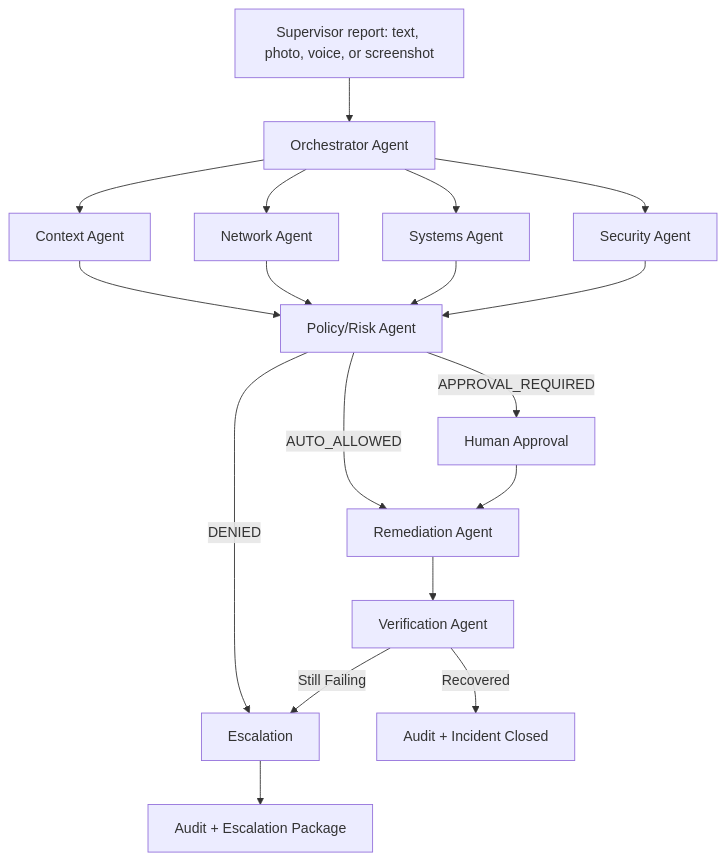
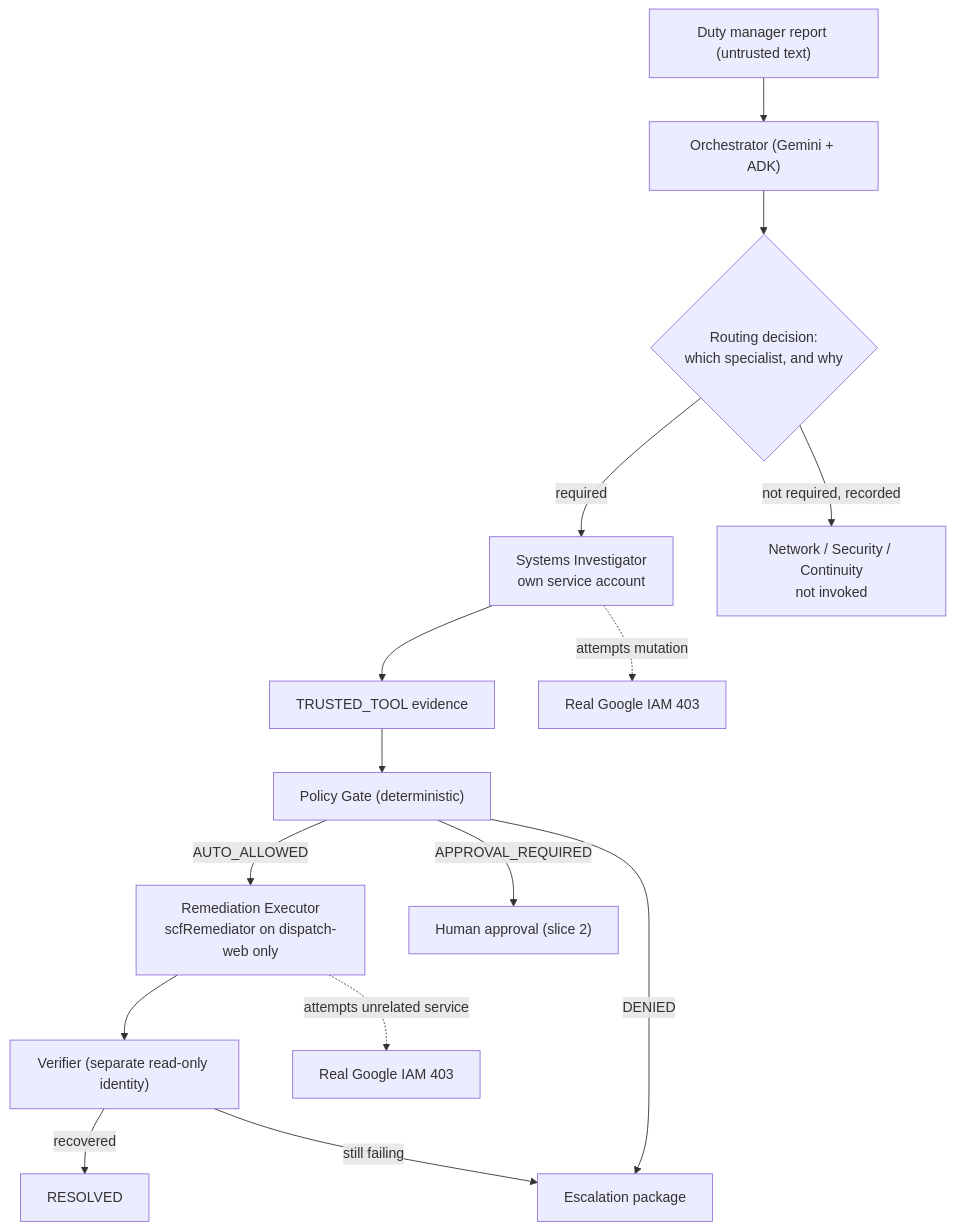
Before and after one commit to aish2897/after-hours-site-continuity-fleet: the diagram in ARCHITECTURE.md, drawn with Mermaid. The commit also changed other lines of this file and 5 other files, not shown here.

First line of the commit message:
Rewrite docs for the frozen slice-1 architecture

````diff
--- a/ARCHITECTURE.md
+++ b/ARCHITECTURE.md
@@ -15,20 +40,17 @@
 ```mermaid
 flowchart TD
-    A["Supervisor report: text, photo, voice, or screenshot"] --> B["Orchestrator Agent"]
-    B --> C["Context Agent"]
-    B --> D["Network Agent"]
-    B --> E["Systems Agent"]
-    B --> F["Security Agent"]
-    C --> G["Policy/Risk Agent"]
-    D --> G
-    E --> G
-    F --> G
-    G -->|AUTO_ALLOWED| H["Remediation Agent"]
-    G -->|APPROVAL_REQUIRED| I["Human Approval"]
-    G -->|DENIED| J["Escalation"]
-    I --> H
-    H --> K["Verification Agent"]
-    K -->|Recovered| L["Audit + Incident Closed"]
-    K -->|Still Failing| J
-    J --> M["Audit + Escalation Package"]
+    A["Duty manager report (untrusted text)"] --> B["Orchestrator (Gemini + ADK)"]
+    B --> R{"Routing decision:<br/>which specialist, and why"}
+    R -->|required| S["Systems Investigator<br/>own service account"]
+    R -->|not required, recorded| X["Network / Security / Continuity<br/>not invoked"]
+    S --> E["TRUSTED_TOOL evidence"]
+    E --> P["Policy Gate (deterministic)"]
+    S -.->|attempts mutation| D403["Real Google IAM 403"]
+    P -->|AUTO_ALLOWED| EX["Remediation Executor<br/>scfRemediator on dispatch-web only"]
+    P -->|APPROVAL_REQUIRED| H["Human approval (slice 2)"]
+    P -->|DENIED| ESC["Escalation package"]
+    EX --> V["Verifier (separate read-only identity)"]
+    V -->|recovered| OK["RESOLVED"]
+    V -->|still failing| ESC
+    EX -.->|attempts unrelated service| D403b["Real Google IAM 403"]
 ```
````
